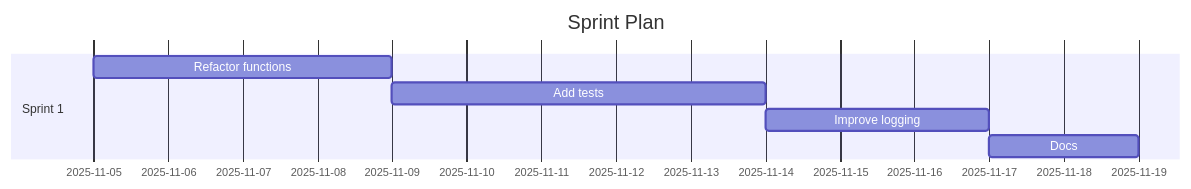
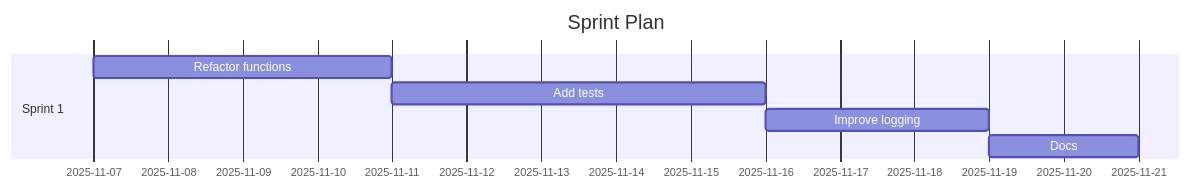
Before and after one commit to Anselmoo/mcp-ai-agent-guidelines: the diagram in demos/demo-code-analysis.sprint.md, drawn with Mermaid. The commit also changed other lines of this file and 49 other files, not shown here.

````diff
--- a/demos/demo-code-analysis.sprint.md
+++ b/demos/demo-code-analysis.sprint.md
@@ -59,11 +59,11 @@
 ```mermaid
 gantt
 	dateFormat  YYYY-MM-DD
 	title Sprint Plan
 %% Accessibility: Title=Project Sprint Plan; Description=Gantt chart of sprints and tasks over time. %%
   section Sprint 1
-  Refactor functions :s1t0, 2025-11-05, 4d
-  Add tests :s1t1, 2025-11-09, 5d
-  Improve logging :s1t2, 2025-11-14, 3d
-  Docs :s1t3, 2025-11-17, 2d
+  Refactor functions :s1t0, 2025-11-07, 4d
+  Add tests :s1t1, 2025-11-11, 5d
+  Improve logging :s1t2, 2025-11-16, 3d
+  Docs :s1t3, 2025-11-19, 2d
 ```
````
